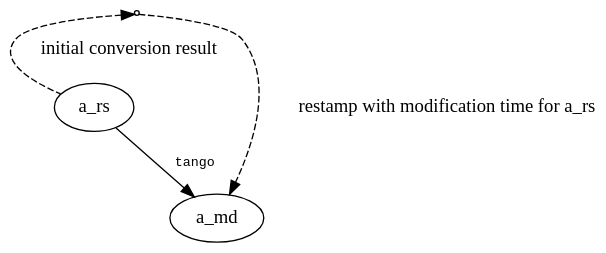
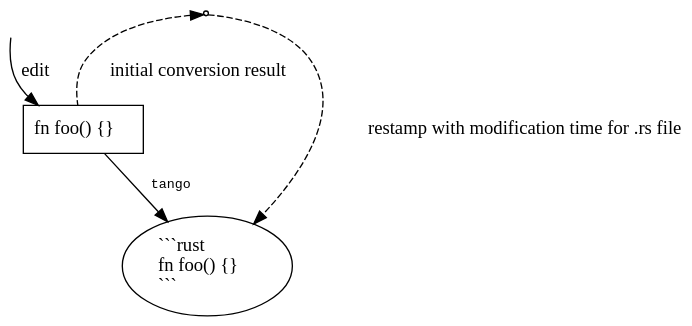
One commit to pnkfelix/tango-demo changed the third of 5 diagrams in src/slides.md. Above: the diagram before and after it, drawn with Graphviz. The commit also changed other lines of this file and 3 other files, not shown here.

````diff
--- a/src/slides.md
+++ b/src/slides.md
@@ -181,14 +179,16 @@
 ```dot
 digraph timestamp_games {
     bgcolor="transparent";
     node [style="filled",fillcolor="#FFFFFF"];
 
-    a_rs;
-    a_md;
+    init [style=invis]
+    init -> a_rs [label="edit"];
+    a_rs [label="fn foo() {}\l",shape="rect"];
+    a_md [label="```rust\lfn foo() {}\l```\l"];
     init_file [shape="point"];
     init_file -> a_rs [dir="back",label="initial conversion result",style="dashed"];
-    init_file -> a_md [dir="forward",label="restamp with modification time for a_rs",style="dashed"];
+    init_file -> a_md [dir="forward",label=" restamp with modification time for .rs file",style="dashed"];
     edge [fontname="Monospace",fontsize="10"];
     a_rs -> a_md [dir="forward",label="  tango"];
 }
 ```
````
